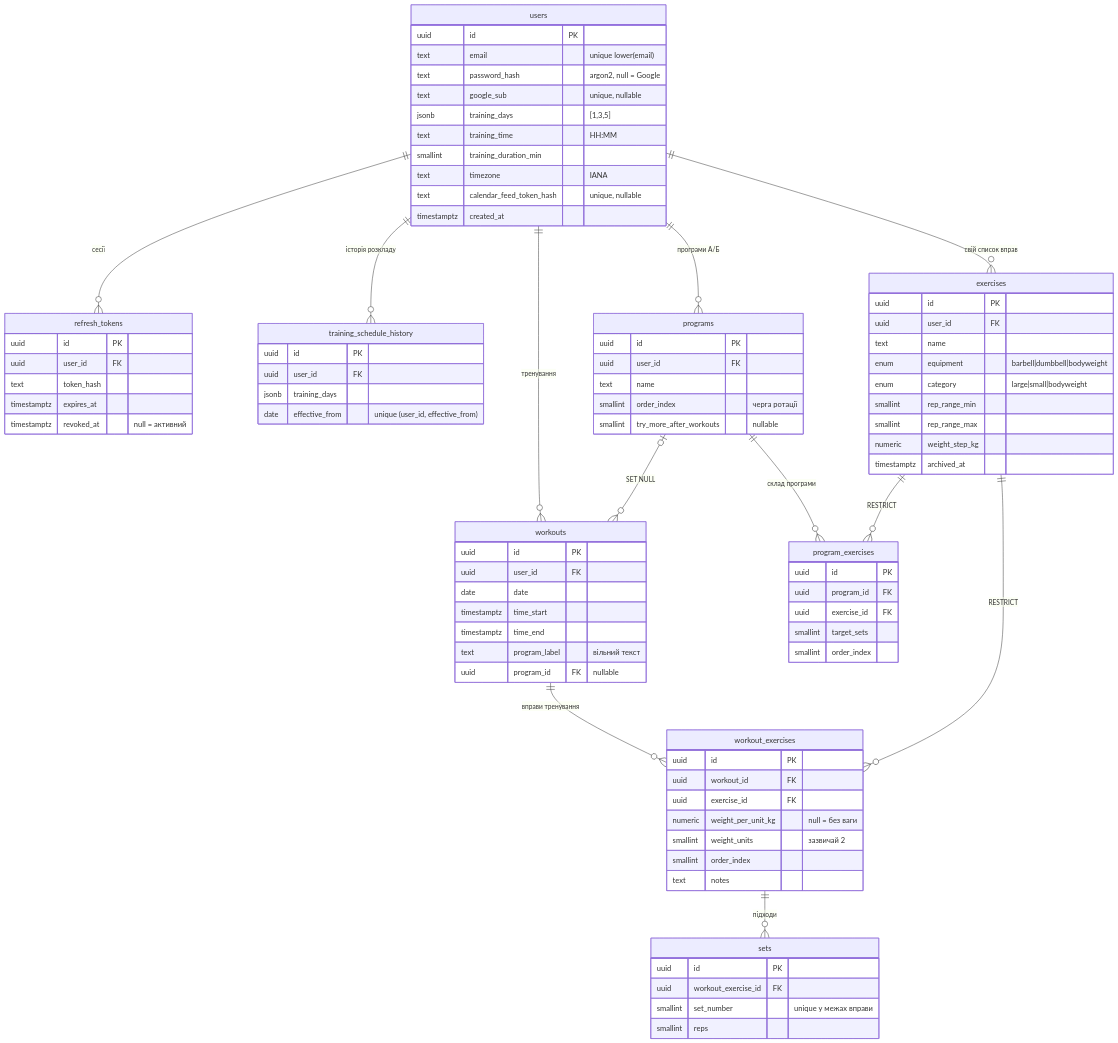
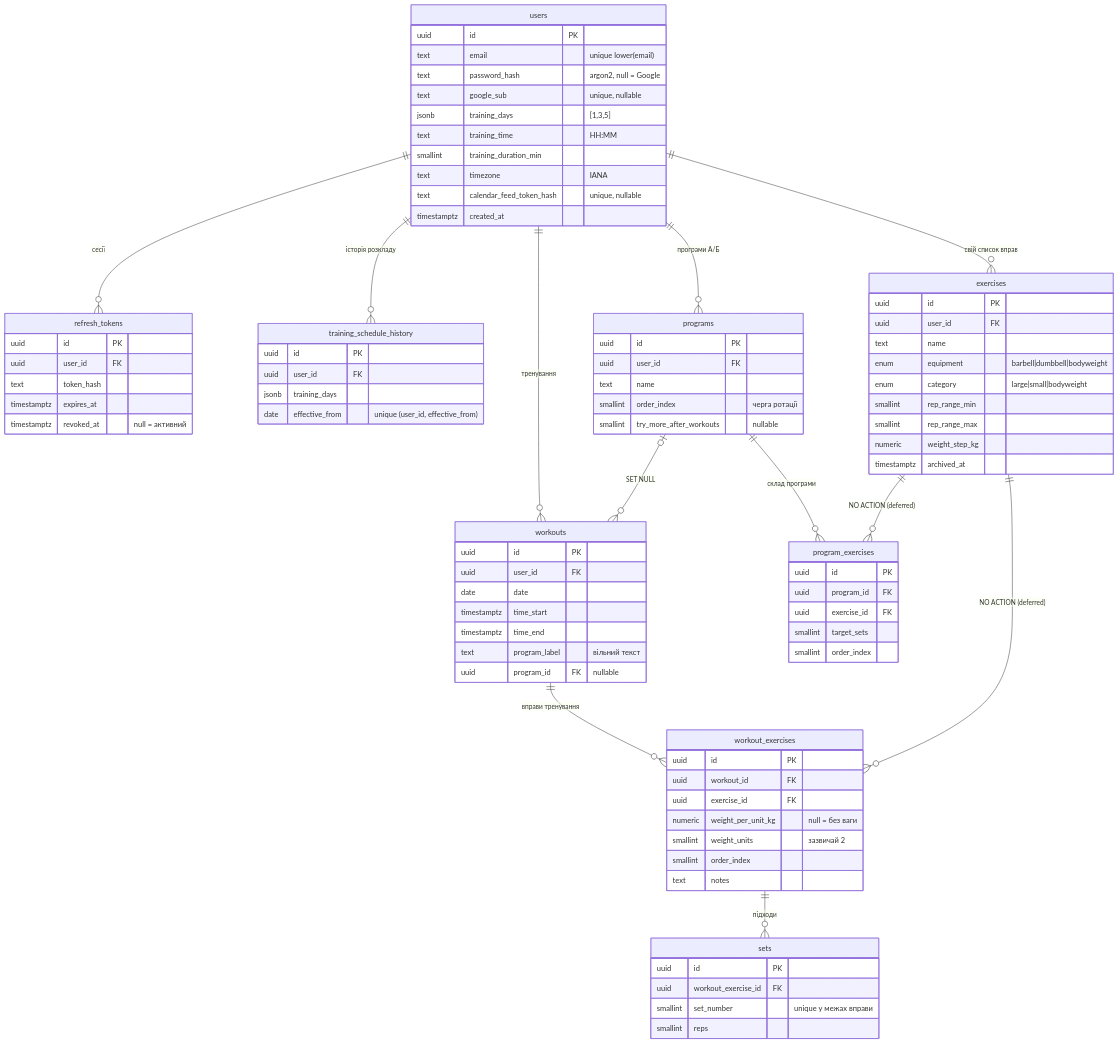
Before and after one commit to SergioBurlaka/MyGym: the diagram in docs/db/ARCHITECTURE.md, drawn with Mermaid. The commit also changed other lines of this file and 1 other file, not shown here.

Commit message:
docs: document the deferred exercise foreign keys

```diff
--- a/docs/db/ARCHITECTURE.md
+++ b/docs/db/ARCHITECTURE.md
@@ -16,11 +16,11 @@
     users ||--o{ workouts : "тренування"
 
     programs ||--o{ program_exercises : "склад програми"
-    exercises ||--o{ program_exercises : "RESTRICT"
+    exercises ||--o{ program_exercises : "NO ACTION (deferred)"
     programs |o--o{ workouts : "SET NULL"
 
     workouts ||--o{ workout_exercises : "вправи тренування"
-    exercises ||--o{ workout_exercises : "RESTRICT"
+    exercises ||--o{ workout_exercises : "NO ACTION (deferred)"
     workout_exercises ||--o{ sets : "підходи"
 
     users {
```
